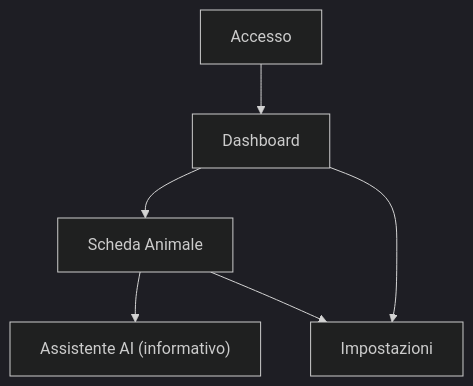
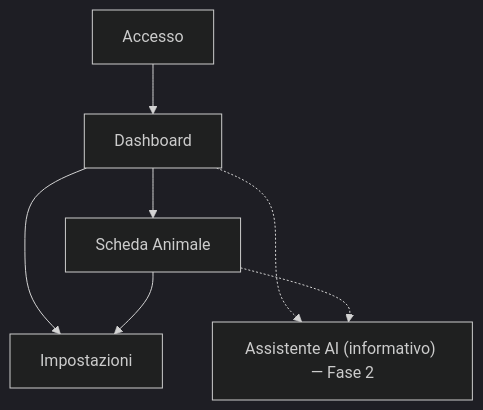
One commit to newcreatord-sudo/LifePet changed the diagram in .trae/documents/PRD_LifePet_IT.md. Above: the diagram before and after it, drawn with Mermaid (dark theme). The commit also changed other lines of this file and 3 other files, not shown here.

````diff
--- a/.trae/documents/PRD_LifePet_IT.md
+++ b/.trae/documents/PRD_LifePet_IT.md
@@ -36,8 +47,9 @@
 ```mermaid
 graph TD
   A["Accesso"] --> B["Dashboard"]
   B --> C["Scheda Animale"]
-  C --> D["Assistente AI (informativo)"]
   B --> E["Impostazioni"]
   C --> E
+  B -.-> D["Assistente AI (informativo) — Fase 2"]
+  C -.-> D
 ```
````
